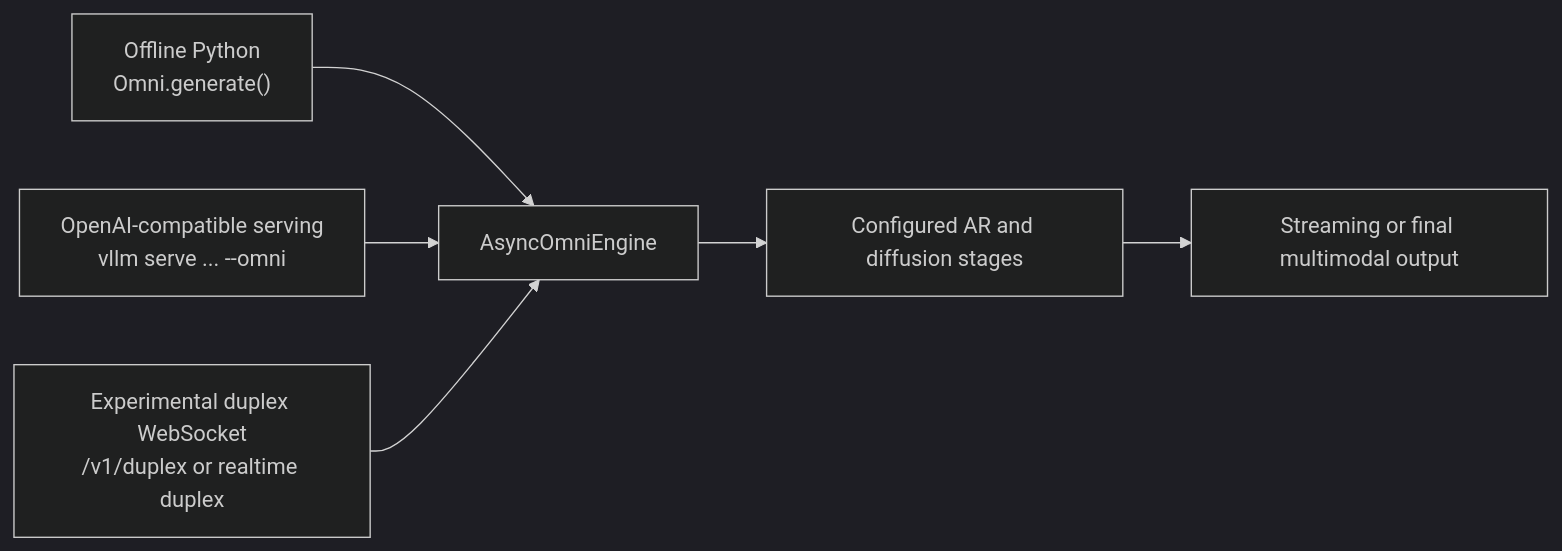
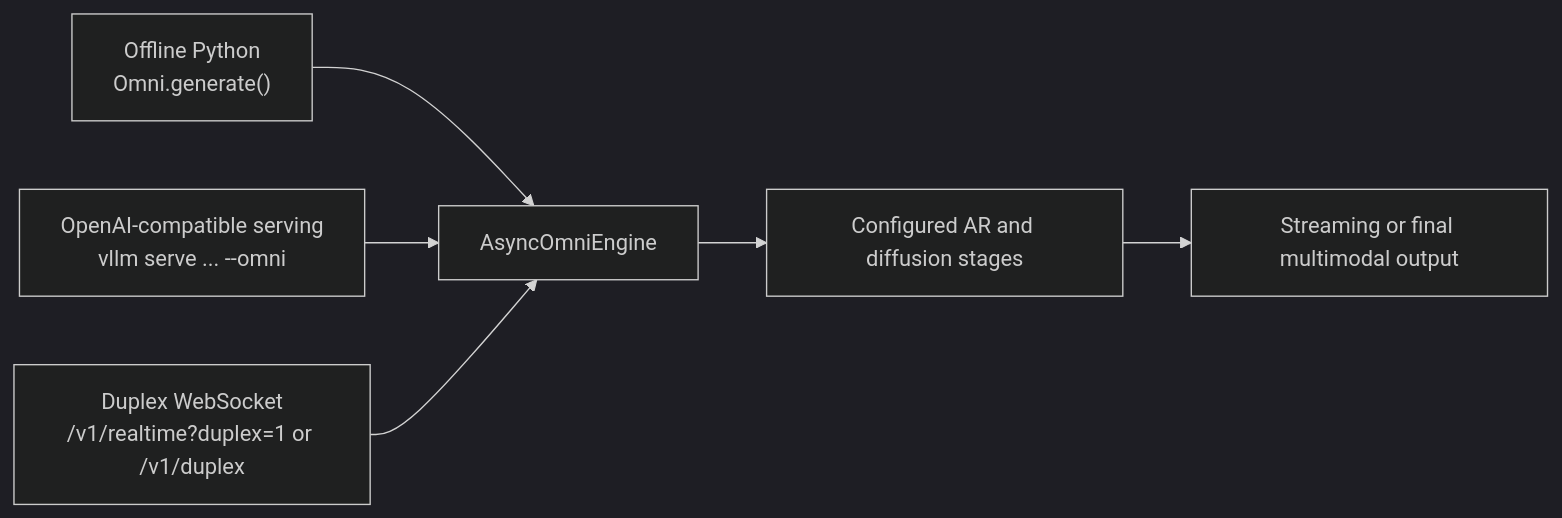
The third of 3 diagrams in docs/design/architecture_overview.md (chickeyton/vllm-omni), drawn with Mermaid (dark theme) before and after one commit. The commit also changed 9 other files, not shown here.

````diff
--- a/docs/design/architecture_overview.md
+++ b/docs/design/architecture_overview.md
@@ -417,8 +417,8 @@
 ```mermaid
 flowchart LR
     offline["Offline Python<br/>Omni.generate()"] --> engine["AsyncOmniEngine"]
     online["OpenAI-compatible serving<br/>vllm serve ... --omni"] --> engine
-    duplex["Experimental duplex WebSocket<br/>/v1/duplex or realtime duplex"] --> engine
+    duplex["Duplex WebSocket<br/>/v1/realtime?duplex=1 or /v1/duplex"] --> engine
     engine --> stages["Configured AR and diffusion stages"]
     stages --> result["Streaming or final multimodal output"]
 ```
````
